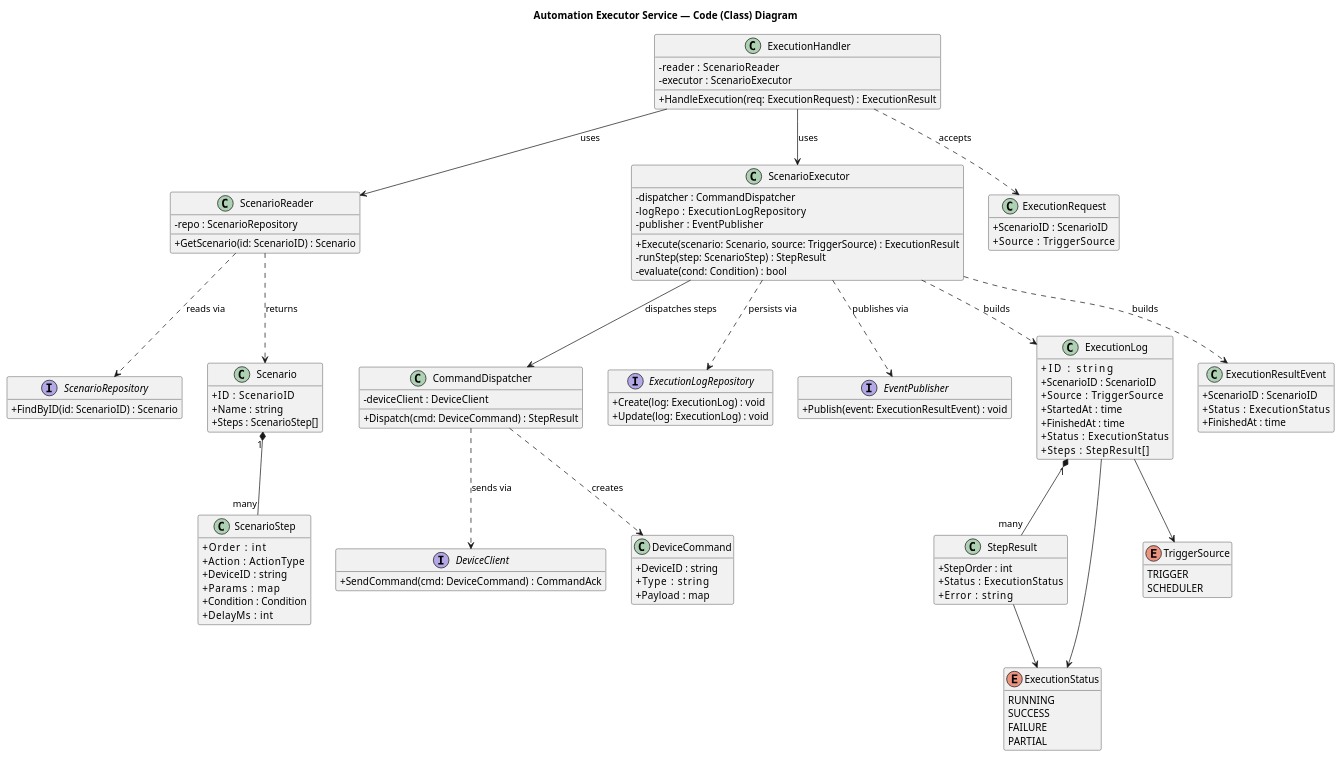
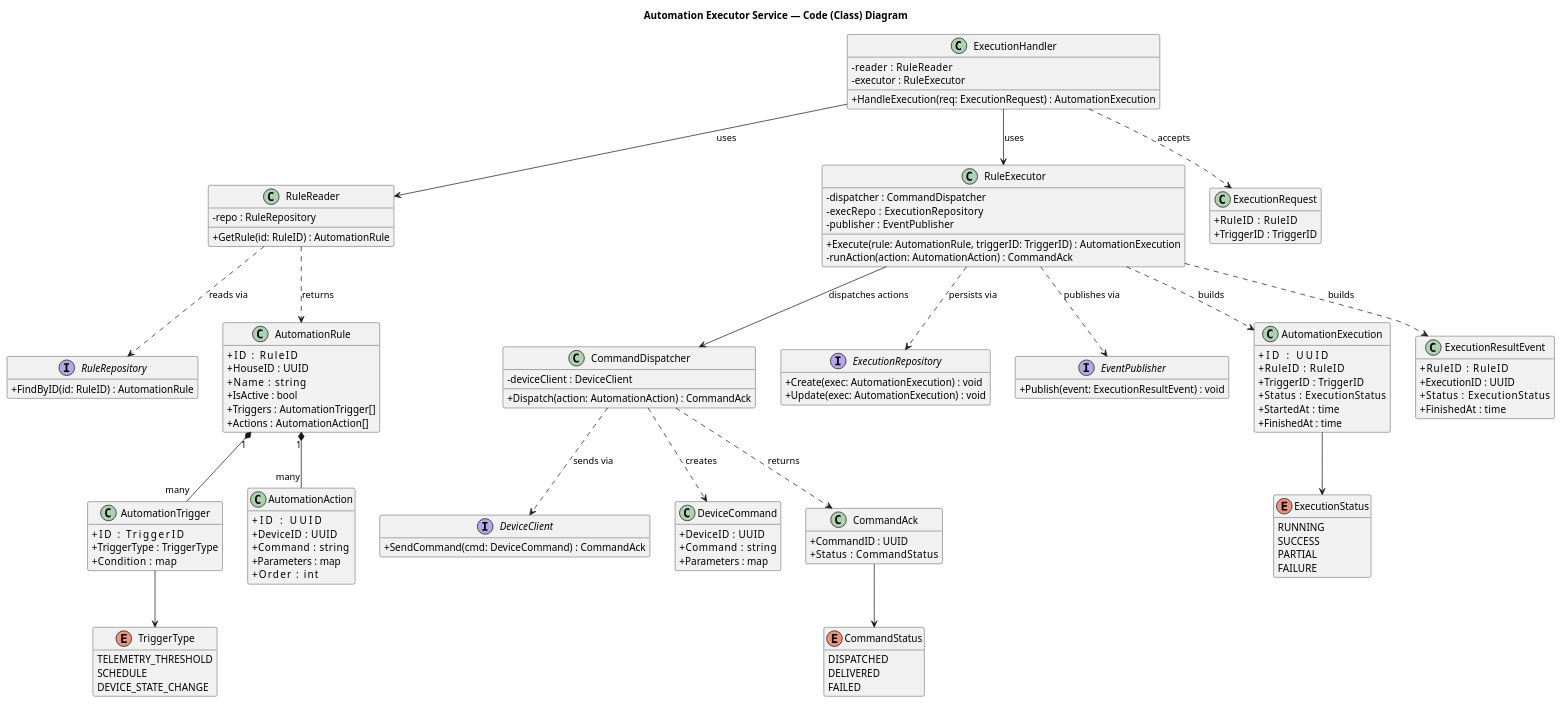
The diagram in diagrams/code/automation_executor_class.puml (eugene-milostivenko/arch_01), drawn with PlantUML before and after one commit. The commit also changed 5 other files, not shown here.

Commit message:
ref diagrams

```diff
--- a/diagrams/code/automation_executor_class.puml
+++ b/diagrams/code/automation_executor_class.puml
@@ -1,126 +1,139 @@
 @startuml
 title Automation Executor Service — Code (Class) Diagram
 
 skinparam classAttributeIconSize 0
 hide empty members
 
 ' ── Entry point ───────────────────────────────────────────────────────────────
 class ExecutionHandler {
-  - reader   : ScenarioReader
-  - executor : ScenarioExecutor
-  + HandleExecution(req: ExecutionRequest) : ExecutionResult
+  - reader   : RuleReader
+  - executor : RuleExecutor
+  + HandleExecution(req: ExecutionRequest) : AutomationExecution
 }
 
-' ── Reads scenario definition from the DB ──────────────────────────────────────
-class ScenarioReader {
-  - repo : ScenarioRepository
-  + GetScenario(id: ScenarioID) : Scenario
+' ── Reads the rule and its actions from the DB ─────────────────────────────────
+class RuleReader {
+  - repo : RuleRepository
+  + GetRule(id: RuleID) : AutomationRule
 }
 
-' ── Orchestrates step-by-step execution ────────────────────────────────────────
-class ScenarioExecutor {
+' ── Orchestrates ordered execution of the rule's actions ───────────────────────
+class RuleExecutor {
   - dispatcher : CommandDispatcher
-  - logRepo    : ExecutionLogRepository
+  - execRepo   : ExecutionRepository
   - publisher  : EventPublisher
-  + Execute(scenario: Scenario, source: TriggerSource) : ExecutionResult
-  - runStep(step: ScenarioStep) : StepResult
-  - evaluate(cond: Condition) : bool
+  + Execute(rule: AutomationRule, triggerID: TriggerID) : AutomationExecution
+  - runAction(action: AutomationAction) : CommandAck
 }
 
-' ── Translates scenario actions into device commands ───────────────────────────
+' ── Translates a rule action into a concrete device command ────────────────────
 class CommandDispatcher {
   - deviceClient : DeviceClient
-  + Dispatch(cmd: DeviceCommand) : StepResult
+  + Dispatch(action: AutomationAction) : CommandAck
 }
 
 ' ── Ports (Go interfaces) ───────────────────────────────────────────────────────
-interface ScenarioRepository {
-  + FindByID(id: ScenarioID) : Scenario
+interface RuleRepository {
+  + FindByID(id: RuleID) : AutomationRule
 }
-interface ExecutionLogRepository {
-  + Create(log: ExecutionLog) : void
-  + Update(log: ExecutionLog) : void
+interface ExecutionRepository {
+  + Create(exec: AutomationExecution) : void
+  + Update(exec: AutomationExecution) : void
 }
 interface DeviceClient {
   + SendCommand(cmd: DeviceCommand) : CommandAck
 }
 interface EventPublisher {
   + Publish(event: ExecutionResultEvent) : void
 }
 
-' ── Domain entities ─────────────────────────────────────────────────────────────
-class Scenario {
-  + ID    : ScenarioID
-  + Name  : string
-  + Steps : ScenarioStep[]
+' ── Domain entities (aligned with Automation Management API and ER) ─────────────
+class AutomationRule {
+  + ID       : RuleID
+  + HouseID  : UUID
+  + Name     : string
+  + IsActive : bool
+  + Triggers : AutomationTrigger[]
+  + Actions  : AutomationAction[]
 }
-class ScenarioStep {
-  + Order     : int
-  + Action    : ActionType
-  + DeviceID  : string
-  + Params    : map
-  + Condition : Condition
-  + DelayMs   : int
+class AutomationTrigger {
+  + ID          : TriggerID
+  + TriggerType : TriggerType
+  + Condition   : map
+}
+class AutomationAction {
+  + ID         : UUID
+  + DeviceID   : UUID
+  + Command    : string
+  + Parameters : map
+  + Order      : int
 }
 class DeviceCommand {
-  + DeviceID : string
-  + Type     : string
-  + Payload  : map
+  + DeviceID   : UUID
+  + Command    : string
+  + Parameters : map
 }
-class ExecutionLog {
-  + ID         : string
-  + ScenarioID : ScenarioID
-  + Source     : TriggerSource
+class CommandAck {
+  + CommandID : UUID
+  + Status    : CommandStatus
+}
+class AutomationExecution {
+  + ID         : UUID
+  + RuleID     : RuleID
+  + TriggerID  : TriggerID
+  + Status     : ExecutionStatus
   + StartedAt  : time
   + FinishedAt : time
-  + Status     : ExecutionStatus
-  + Steps      : StepResult[]
-}
-class StepResult {
-  + StepOrder : int
-  + Status    : ExecutionStatus
-  + Error     : string
 }
 class ExecutionRequest {
-  + ScenarioID : ScenarioID
-  + Source     : TriggerSource
+  + RuleID    : RuleID
+  + TriggerID : TriggerID
 }
 class ExecutionResultEvent {
-  + ScenarioID : ScenarioID
-  + Status     : ExecutionStatus
-  + FinishedAt : time
+  + RuleID      : RuleID
+  + ExecutionID : UUID
+  + Status      : ExecutionStatus
+  + FinishedAt  : time
 }
 
 enum ExecutionStatus {
   RUNNING
   SUCCESS
+  PARTIAL
   FAILURE
-  PARTIAL
 }
-enum TriggerSource {
-  TRIGGER
-  SCHEDULER
+enum CommandStatus {
+  DISPATCHED
+  DELIVERED
+  FAILED
+}
+enum TriggerType {
+  TELEMETRY_THRESHOLD
+  SCHEDULE
+  DEVICE_STATE_CHANGE
 }
 
 ' ── Composition / usage relations ──────────────────────────────────────────────
-ExecutionHandler        --> ScenarioReader      : uses
-ExecutionHandler        --> ScenarioExecutor     : uses
-ScenarioReader          ..> ScenarioRepository    : reads via
-ScenarioExecutor        --> CommandDispatcher     : dispatches steps
-ScenarioExecutor        ..> ExecutionLogRepository : persists via
-ScenarioExecutor        ..> EventPublisher         : publishes via
-CommandDispatcher       ..> DeviceClient           : sends via
+ExecutionHandler   --> RuleReader           : uses
+ExecutionHandler   --> RuleExecutor          : uses
+RuleReader         ..> RuleRepository        : reads via
+RuleExecutor       --> CommandDispatcher      : dispatches actions
+RuleExecutor       ..> ExecutionRepository    : persists via
+RuleExecutor       ..> EventPublisher         : publishes via
+CommandDispatcher  ..> DeviceClient           : sends via
 
-Scenario "1" *-- "many" ScenarioStep
-ExecutionLog "1" *-- "many" StepResult
-CommandDispatcher       ..> DeviceCommand          : creates
-ScenarioReader          ..> Scenario               : returns
-ScenarioExecutor        ..> ExecutionLog           : builds
-ScenarioExecutor        ..> ExecutionResultEvent   : builds
-ExecutionHandler        ..> ExecutionRequest       : accepts
+AutomationRule "1" *-- "many" AutomationAction
+AutomationRule "1" *-- "many" AutomationTrigger
 
-ExecutionLog --> ExecutionStatus
-StepResult   --> ExecutionStatus
-ExecutionLog --> TriggerSource
+CommandDispatcher  ..> DeviceCommand          : creates
+CommandDispatcher  ..> CommandAck             : returns
+RuleReader         ..> AutomationRule         : returns
+RuleExecutor       ..> AutomationExecution    : builds
+RuleExecutor       ..> ExecutionResultEvent   : builds
+ExecutionHandler   ..> ExecutionRequest       : accepts
+
+AutomationExecution --> ExecutionStatus
+CommandAck          --> CommandStatus
+AutomationTrigger   --> TriggerType
 
 @enduml
```
